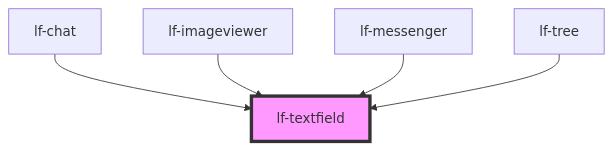
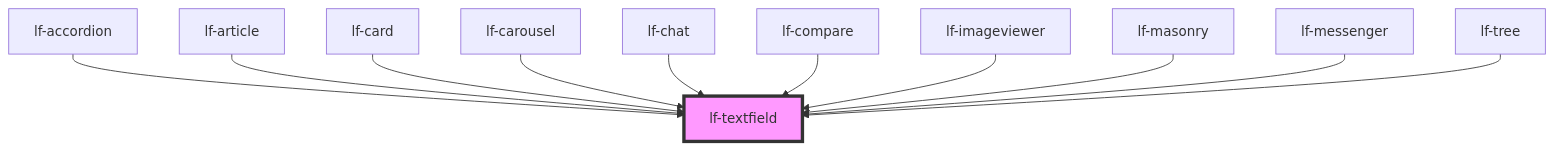
Before and after one commit to lucafoscili/lf-widgets: the diagram in packages/core/src/components/lf-textfield/readme.md, drawn with Mermaid. The commit also changed other lines of this file and 31 other files, not shown here.

````diff
--- a/packages/core/src/components/lf-textfield/readme.md
+++ b/packages/core/src/components/lf-textfield/readme.md
@@ -156,8 +162,14 @@
 ```mermaid
 graph TD;
+  lf-accordion --> lf-textfield
+  lf-article --> lf-textfield
+  lf-card --> lf-textfield
+  lf-carousel --> lf-textfield
   lf-chat --> lf-textfield
+  lf-compare --> lf-textfield
   lf-imageviewer --> lf-textfield
+  lf-masonry --> lf-textfield
   lf-messenger --> lf-textfield
   lf-tree --> lf-textfield
   style lf-textfield fill:#f9f,stroke:#333,stroke-width:4px
 ```
````
